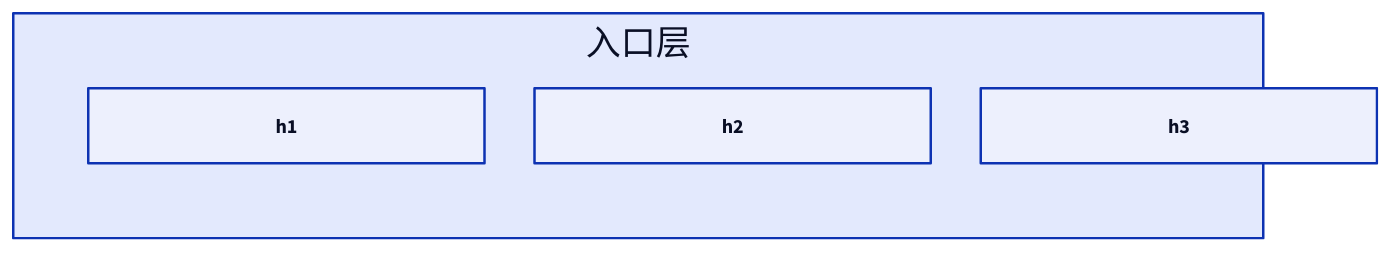
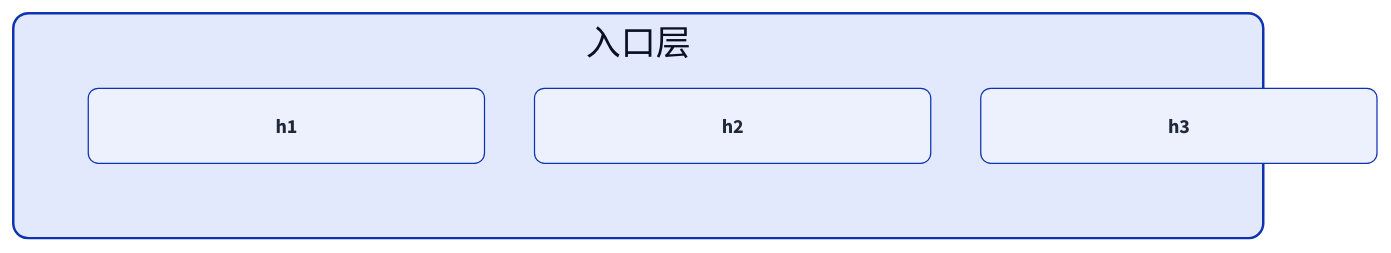
The second of 2 diagrams in skills/c4-container-diagram/references/layout-and-grid.md (syllr/skills), drawn with D2 before and after one commit. The commit also changed other lines of this file and 35 other files, not shown here.

````diff
--- a/skills/c4-container-diagram/references/layout-and-grid.md
+++ b/skills/c4-container-diagram/references/layout-and-grid.md
@@ -47,9 +48,14 @@
 ```d2
 入口层: {
   width: 1000
   grid-columns: 3
+  style.border-radius: 12
   h1: { width: 317; height: 60; class: module }    # ← 固定 width 必须（§6.13: (1000−24−24)/3 = 317）
   h2: { width: 317; height: 60; class: module }
   h3: { width: 317; height: 60; class: module }
 }
+
+classes: {
+  module: { style: { border-radius: 8; font-color: "#1e293b"; stroke-width: 1 } }
+}
 ```
````
